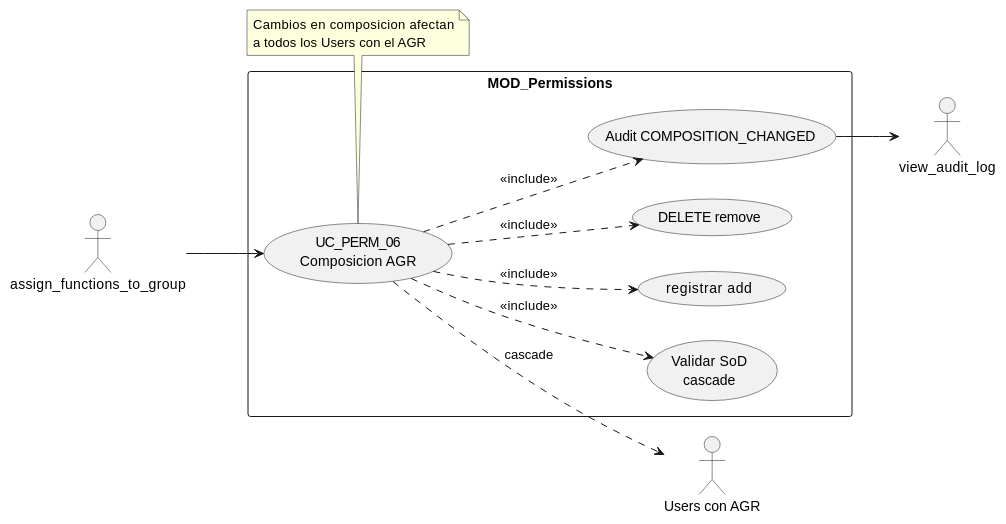
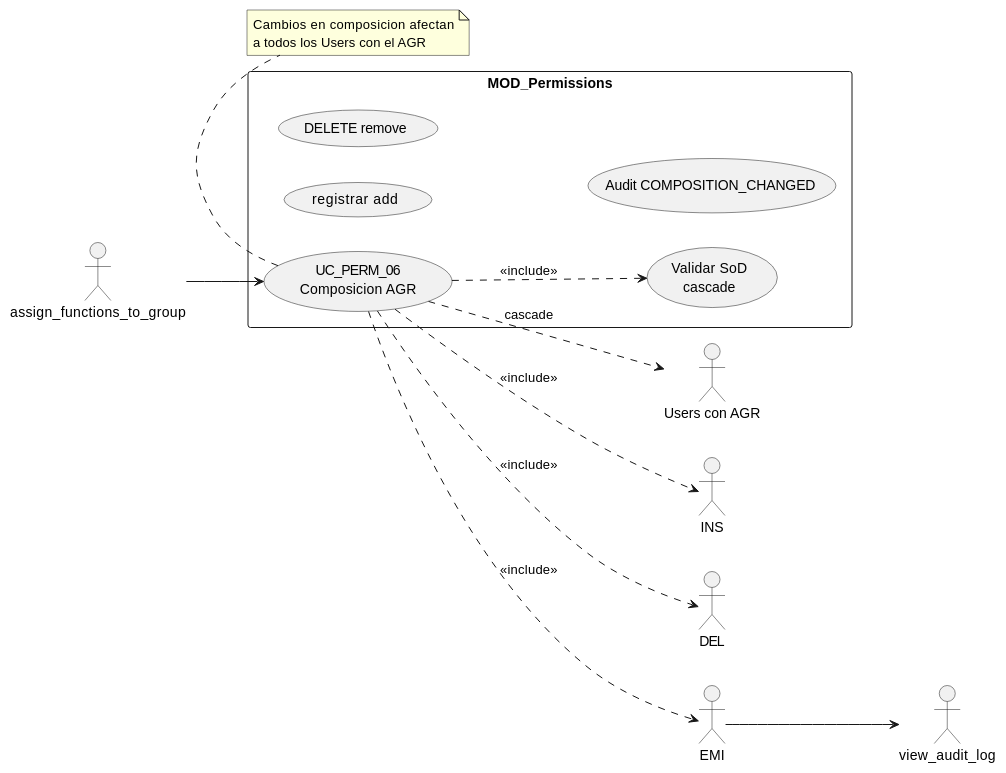
Before and after one commit to jcg-admin/IACT-docs: the diagram in source/requisitos/casos-uso/permissions/uc-perm-06/diagramas-uml/diagrama-de-caso-de-uso.rst, drawn with PlantUML. The commit also changed 47 other files, not shown here.

First line of the commit message:
Fix cryptic PlantUML aliases in UC and architecture files (STD_011)

```diff
--- a/source/requisitos/casos-uso/permissions/uc-perm-06/diagramas-uml/diagrama-de-caso-de-uso.rst
+++ b/source/requisitos/casos-uso/permissions/uc-perm-06/diagramas-uml/diagrama-de-caso-de-uso.rst
@@ -4,32 +4,32 @@
 .. uml::
  :caption: UC_PERM_06 — composicion AGR
 
  @startuml
  left to right direction
 
  actor "assign_functions_to_group" as assign_functions_to_group
  actor "Users con AGR" as USERS
  actor "view_audit_log" as view_audit_log
 
  rectangle "MOD_Permissions" {
    usecase "UC_PERM_06\nComposicion AGR" as UC06
    usecase "Validar SoD\ncascade" as VSOD
-   usecase "registrar add" as INS
-   usecase "DELETE remove" as DEL
-   usecase "Audit COMPOSITION_CHANGED" as EMI
+   usecase "registrar add" as RegistrarDatos
+   usecase "DELETE remove" as EliminarRegistro
+   usecase "Audit COMPOSITION_CHANGED" as AuditEmitter
  }
 
  assign_functions_to_group --> UC06
  UC06 ..> VSOD : <<include>>
  UC06 ..> INS : <<include>>
  UC06 ..> DEL : <<include>>
  UC06 ..> EMI : <<include>>
  UC06 ..> USERS : cascade
  EMI --> view_audit_log
 
  note bottom of UC06
    Cambios en composicion afectan
    a todos los Users con el AGR
  end note
 
  @enduml
```
